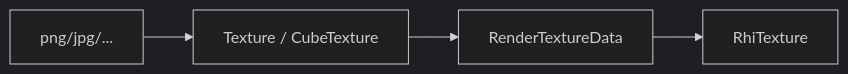
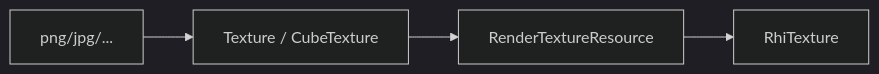
Before and after one commit to xp-Yang/XPYEngine: the fifth of 7 diagrams in docs/资源管理.md, drawn with Mermaid (dark theme). The commit also changed other lines of this file and 14 other files, not shown here.

First line of the commit message:
Refactor Render Texture Resource Ownership

````diff
--- a/docs/资源管理.md
+++ b/docs/资源管理.md
@@ -285,6 +285,6 @@
 ```mermaid
 flowchart LR
     File["png/jpg/..."] --> CPU["Texture / CubeTexture"]
-    CPU --> RTD["RenderTextureData"]
+    CPU --> RTD["RenderTextureResource"]
     RTD --> GPU["RhiTexture"]
 ```
````
